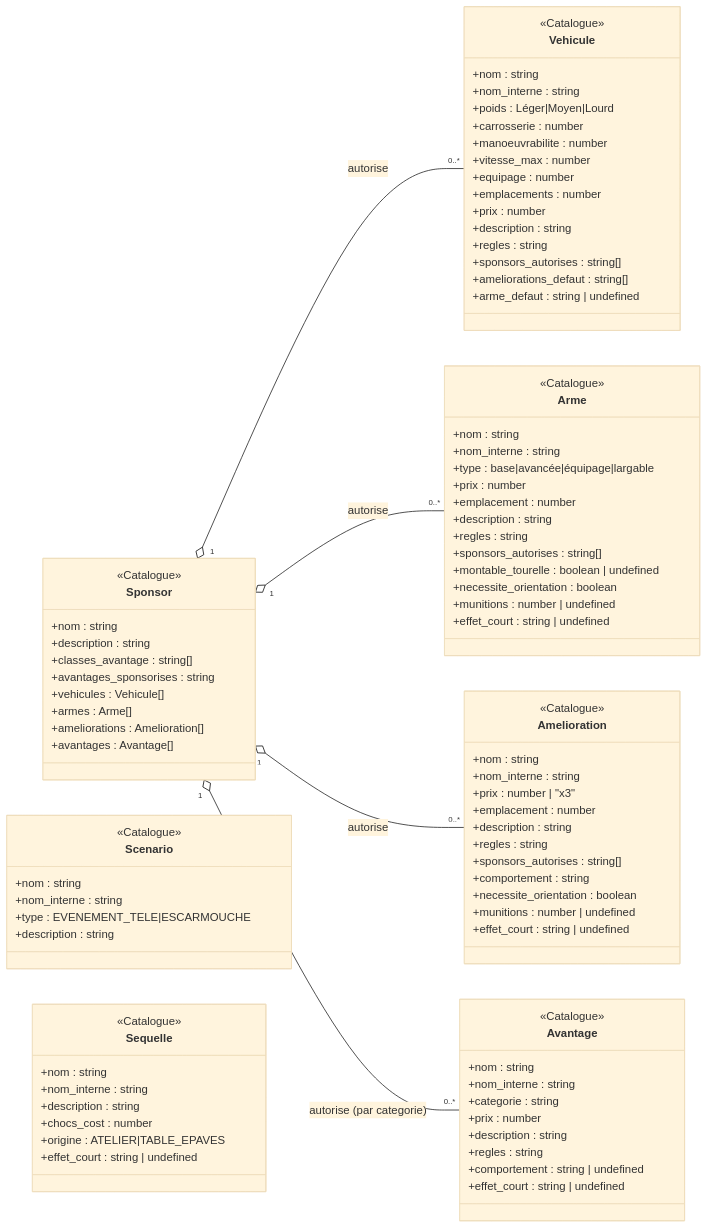
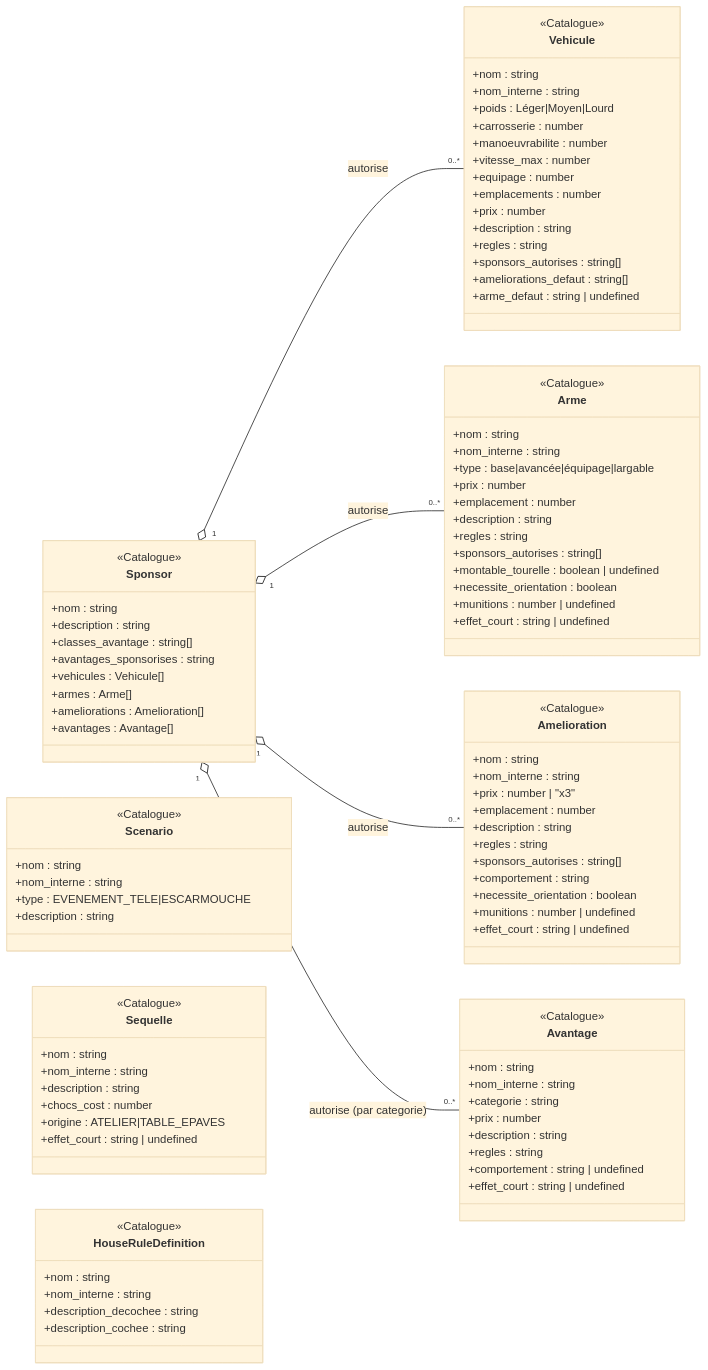
Before and after one commit to arnaudbracchetti/gaslands-manager: the third of 6 diagrams in docs/DOMAIN_MODEL.md, drawn with Mermaid (base theme). The commit also changed other lines of this file and 14 other files, not shown here.

```diff
--- a/docs/DOMAIN_MODEL.md
+++ b/docs/DOMAIN_MODEL.md
@@ -544,6 +544,14 @@
         +effet_court : string | undefined
     }
 
+    class HouseRuleDefinition {
+        <<Catalogue>>
+        +nom : string
+        +nom_interne : string
+        +description_decochee : string
+        +description_cochee : string
+    }
+
     Sponsor "1" o-- "0..*" Vehicule : autorise
     Sponsor "1" o-- "0..*" Arme : autorise
     Sponsor "1" o-- "0..*" Amelioration : autorise
```
